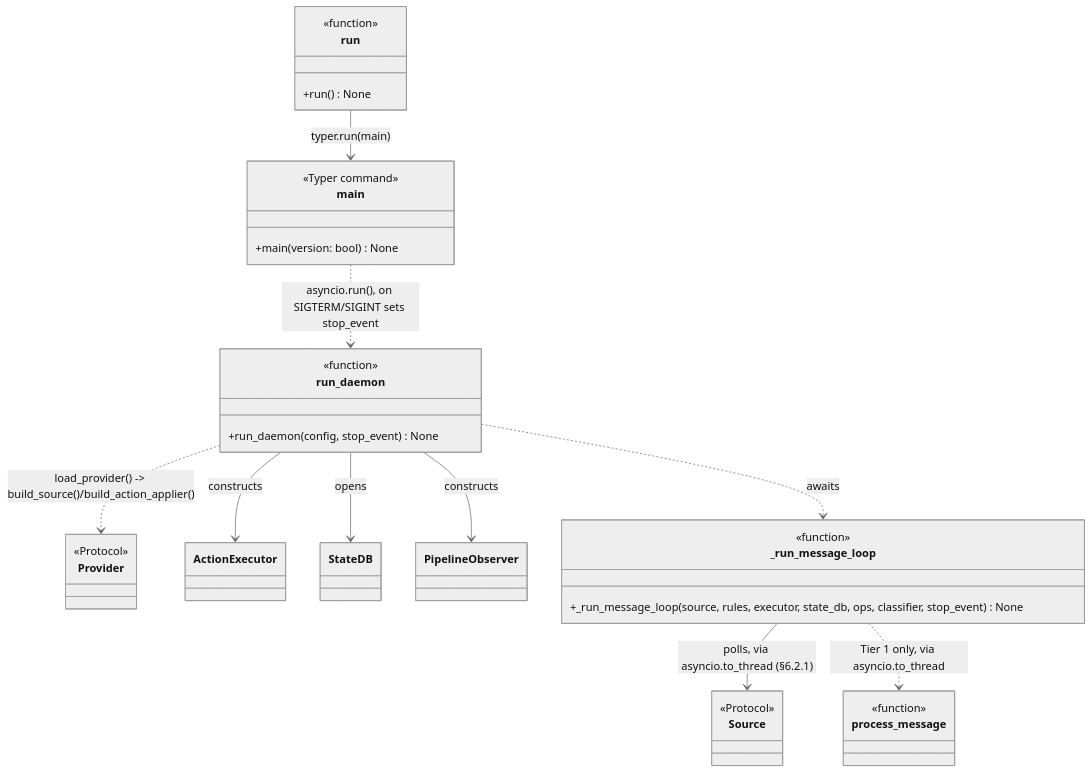
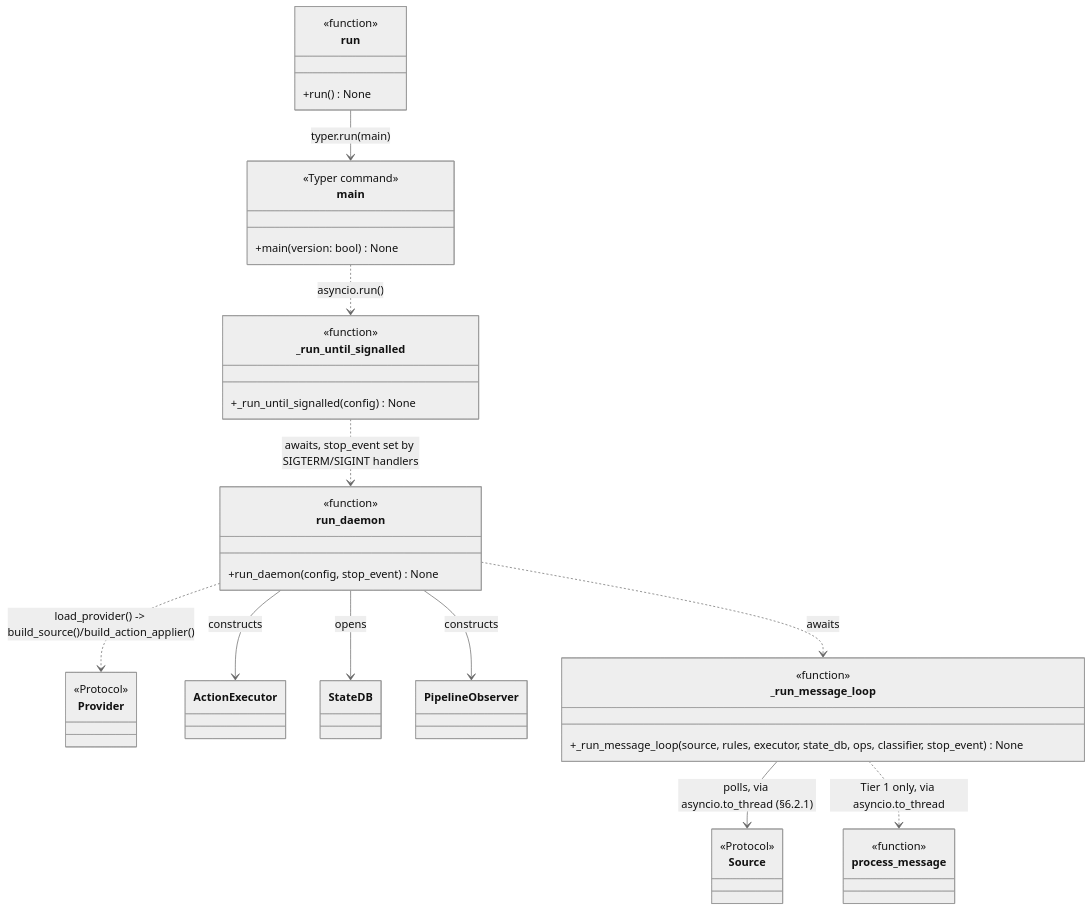
Before and after one commit to Stainless5166/friendly-octo-spork: diagram 31 of 33 in docs/DESIGN.md, drawn with Mermaid (neutral theme). The commit also changed 2 other files, not shown here.

Commit message:
docs: sync daemon event loop assembly done — M5 2/10 (ROADMAP.md, TEST_COVERAGE.md, DESIGN.md)
ROADMAP.md: daemon event loop assembly checked off; M5 intro paragraph
tense-corrected now that both prerequisites are real.

DESIGN.md: spork.daemon diagram gains _run_until_signalled (the
signal-handling bridge main() actually calls), for accuracy.

TEST_COVERAGE.md: M5 1/9 -> 2/10 (a checklist item — "Wire Tier 2 into
the daemon loop" — was added alongside this work, not just checked
off); new tests/core/state + tests/daemon section (entries 375-383,
9 tests: StateDB cross-thread safety, run_daemon() end-to-end against
FileProvider/LoggingAlerter, stop-mid-batch, no-busy-loop, clean error
propagation both as a library call and via the CLI subprocess).
Inventory count 397 -> 406.

406 tests passing, ruff+mypy clean, 100% coverage on spork.daemon.loop.

````diff
--- a/docs/DESIGN.md
+++ b/docs/DESIGN.md
@@ -1474,36 +1474,41 @@
 ```mermaid
 classDiagram
     class main {
         <<Typer command>>
         +main(version: bool) None
     }
     class run {
         <<function>>
         +run() None
     }
     class Provider { <<Protocol>> }
     class Source { <<Protocol>> }
     class ActionExecutor
     class StateDB
     class PipelineObserver
     class process_message { <<function>> }
 
     class run_daemon {
         <<function>>
         +run_daemon(config, stop_event) None
     }
     class _run_message_loop {
         <<function>>
         +_run_message_loop(source, rules, executor, state_db, ops, classifier, stop_event) None
     }
+    class _run_until_signalled {
+        <<function>>
+        +_run_until_signalled(config) None
+    }
 
     run --> main : typer.run(main)
-    main ..> run_daemon : asyncio.run(), on SIGTERM/SIGINT sets stop_event
+    main ..> _run_until_signalled : asyncio.run()
+    _run_until_signalled ..> run_daemon : awaits, stop_event set by SIGTERM/SIGINT handlers
     run_daemon ..> Provider : load_provider() -> build_source()/build_action_applier()
     run_daemon --> ActionExecutor : constructs
     run_daemon --> StateDB : opens
     run_daemon --> PipelineObserver : constructs
     run_daemon ..> _run_message_loop : awaits
     _run_message_loop --> Source : polls, via asyncio.to_thread (§6.2.1)
     _run_message_loop ..> process_message : Tier 1 only, via asyncio.to_thread
 ```
````
